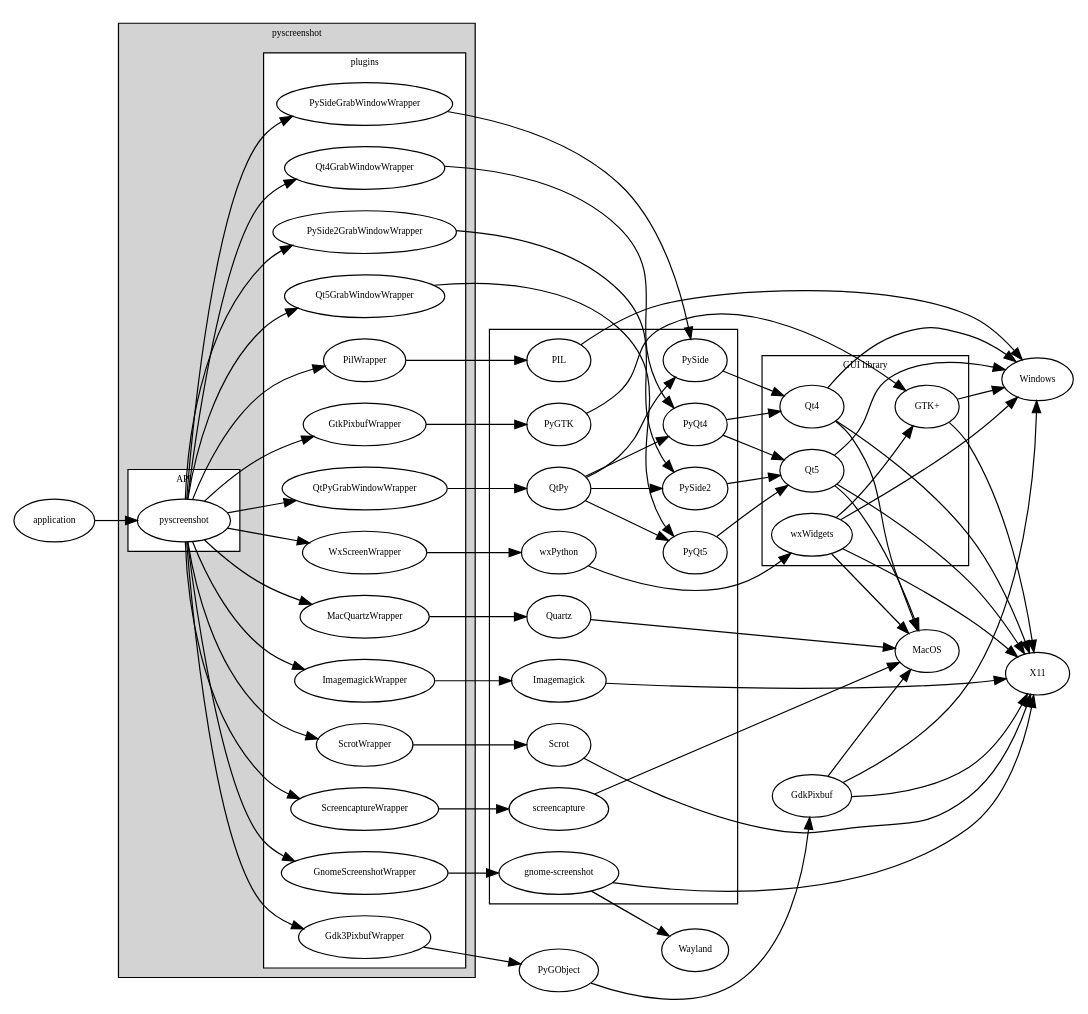
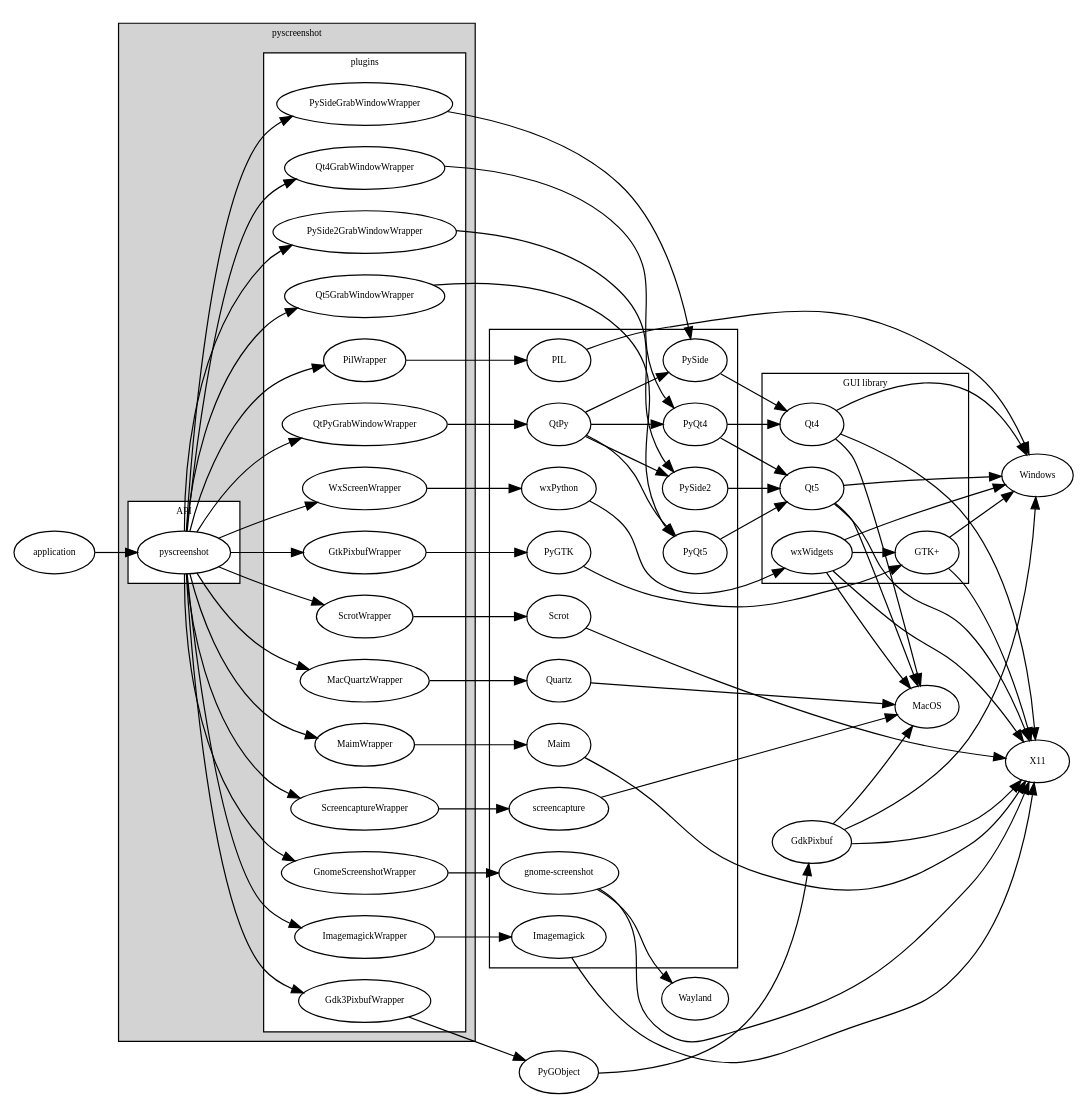
One commit to ponty/pyscreenshot changed the diagram in docs/hierarchy.rst. Above: the diagram before and after it, drawn with Graphviz. The commit also changed 7 other files, not shown here.

```diff
--- a/docs/hierarchy.rst
+++ b/docs/hierarchy.rst
@@ -34,6 +34,7 @@
                 pyscreenshot -> ImagemagickWrapper;
                 pyscreenshot -> WxScreenWrapper;
                 pyscreenshot -> ScrotWrapper;
+                pyscreenshot -> MaimWrapper;
                 pyscreenshot -> MacQuartzWrapper
                 pyscreenshot -> ScreencaptureWrapper
                 pyscreenshot -> GnomeScreenshotWrapper
@@ -52,6 +53,7 @@
             screencapture;
             Quartz;
             Scrot;
+            Maim;
             Imagemagick;
             "gnome-screenshot";
         }
@@ -85,6 +87,7 @@
         PilWrapper -> PIL -> Windows;
         ImagemagickWrapper -> Imagemagick -> X11;
         ScrotWrapper -> Scrot -> X11;
+        MaimWrapper -> Maim -> X11;
 
         GnomeScreenshotWrapper -> "gnome-screenshot" -> X11;
         "gnome-screenshot" -> Wayland;
```
